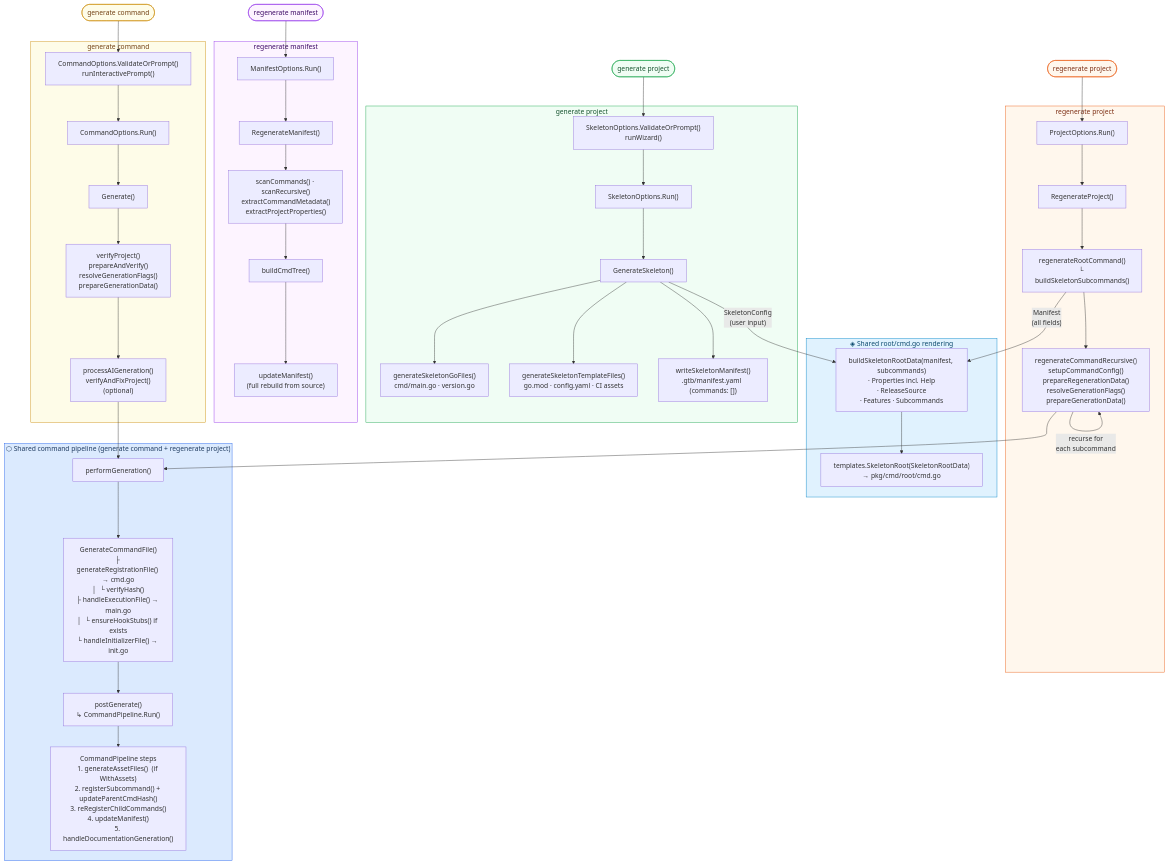
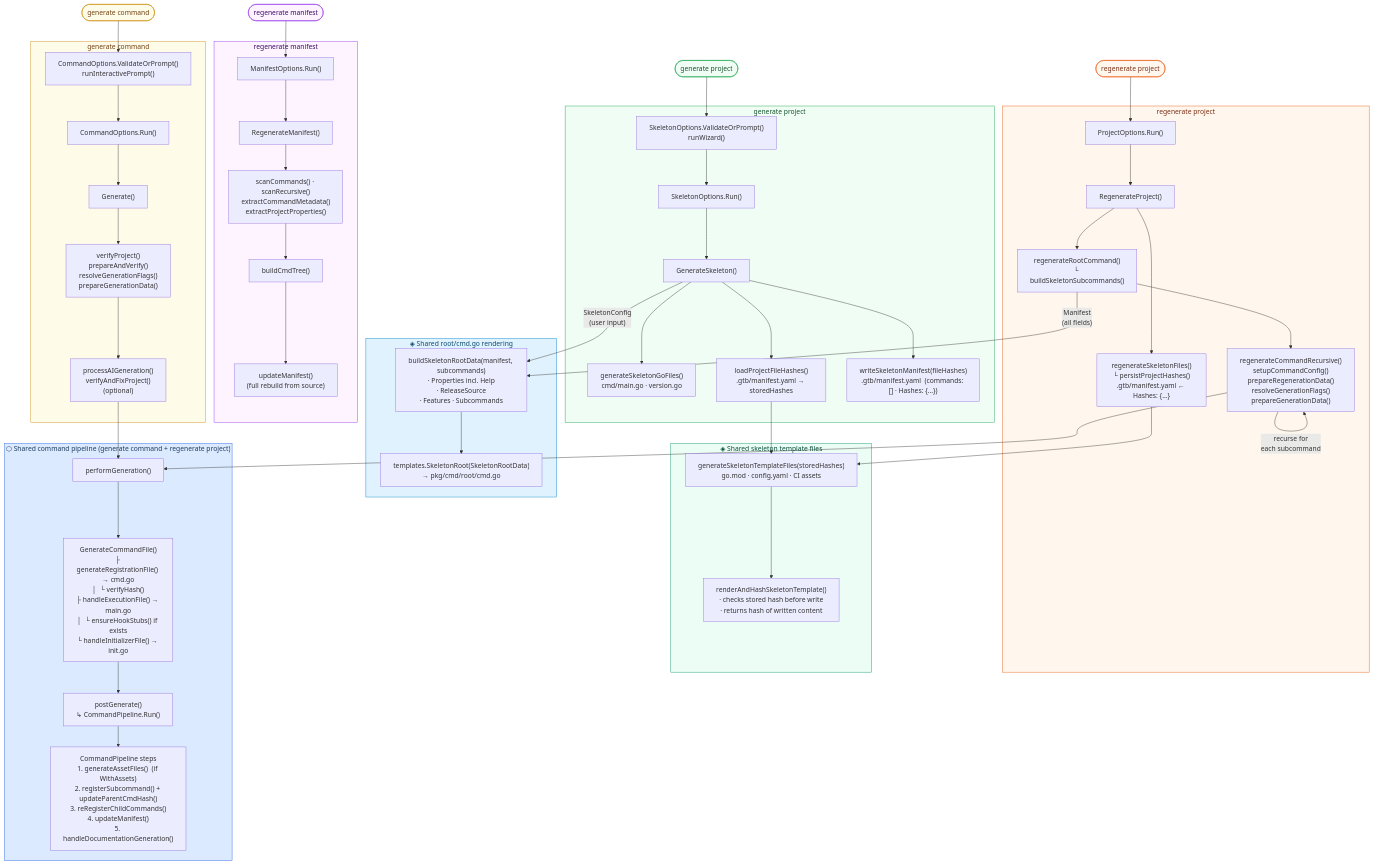
One commit to phpboyscout/gtb changed the diagram in docs/development/code-generation-flows.md. Above: the diagram before and after it, drawn with Mermaid. The commit also changed other lines of this file, not shown here.

First line of the commit message:
docs(generator): update code-generation-flows for skeleton file hash tracking

```diff
--- a/docs/development/code-generation-flows.md
+++ b/docs/development/code-generation-flows.md
@@ -22,8 +22,8 @@
         GP_RUN["SkeletonOptions.Run()"]
         GenSkel["GenerateSkeleton()"]
         SkelGo["generateSkeletonGoFiles()\ncmd/main.go · version.go"]
-        SkelTmpl["generateSkeletonTemplateFiles()\ngo.mod · config.yaml · CI assets"]
-        SkelMani["writeSkeletonManifest()\n.gtb/manifest.yaml  (commands: [])"]
+        GP_LOADHASH["loadProjectFileHashes()\n.gtb/manifest.yaml → storedHashes"]
+        SkelMani["writeSkeletonManifest(fileHashes)\n.gtb/manifest.yaml  (commands: [] · Hashes: {…})"]
     end
 
     %% ── generate command (unique) ────────────────────────────────
@@ -41,6 +41,7 @@
         RepGen["RegenerateProject()"]
         RRC_PREP["regenerateRootCommand()\n└ buildSkeletonSubcommands()"]
         RCREC["regenerateCommandRecursive()\nsetupCommandConfig()\nprepareRegenerationData()\nresolveGenerationFlags()\nprepareGenerationData()"]
+        REGEN_SKEL["regenerateSkeletonFiles()\n└ persistProjectHashes()\n.gtb/manifest.yaml ← Hashes: {…}"]
     end
 
     %% ── regenerate manifest (unique) ─────────────────────────────
@@ -58,6 +59,12 @@
         SKELROOT["templates.SkeletonRoot(SkeletonRootData)\n→ pkg/cmd/root/cmd.go"]
     end
 
+    %% ── Shared skeleton template files ───────────────────────────
+    subgraph SKELSHARED ["◈  Shared skeleton template files"]
+        SKELTMPL["generateSkeletonTemplateFiles(storedHashes)\ngo.mod · config.yaml · CI assets"]
+        RENDER["renderAndHashSkeletonTemplate()\n· checks stored hash before write\n· returns hash of written content"]
+    end
+
     %% ── Shared command pipeline ───────────────────────────────────
     subgraph SHARED ["⬡  Shared command pipeline  (generate command + regenerate project)"]
         PERF["performGeneration()"]
@@ -68,24 +75,29 @@
 
     %% ── Edges ────────────────────────────────────────────────────
     GP --> GP_VOP --> GP_RUN --> GenSkel
-    GenSkel --> SkelGo & SkelTmpl & SkelMani
+    GenSkel --> SkelGo & GP_LOADHASH & SkelMani
+    GP_LOADHASH --> SKELTMPL
     GenSkel -->|"SkeletonConfig\n(user input)"| BSRD
 
     GC --> GC_VOP --> GC_RUN --> Gen --> GC_PREP --> AI --> PERF
 
     RP --> RP_RUN --> RepGen --> RRC_PREP --> RCREC --> PERF
+    RepGen --> REGEN_SKEL
+    REGEN_SKEL --> SKELTMPL
     RRC_PREP -->|"Manifest\n(all fields)"| BSRD
     RCREC -->|"recurse for\neach subcommand"| RCREC
 
     RM --> RM_RUN --> RepMani --> SCAN --> BTREE --> UMANI_RM
 
     BSRD --> SKELROOT
+    SKELTMPL --> RENDER
 
     PERF --> GCF --> POST --> PIPE
 
     %% ── Styles ───────────────────────────────────────────────────
     style SHARED fill:#dbeafe,stroke:#2563eb,color:#1e3a5f
     style ROOTSHARED fill:#e0f2fe,stroke:#0284c7,color:#0c4a6e
+    style SKELSHARED fill:#ecfdf5,stroke:#059669,color:#064e3b
     style GENPRO fill:#f0fdf4,stroke:#16a34a,color:#14532d
     style GENCMD fill:#fefce8,stroke:#ca8a04,color:#713f12
     style REGPRO fill:#fff7ed,stroke:#ea580c,color:#7c2d12
```
